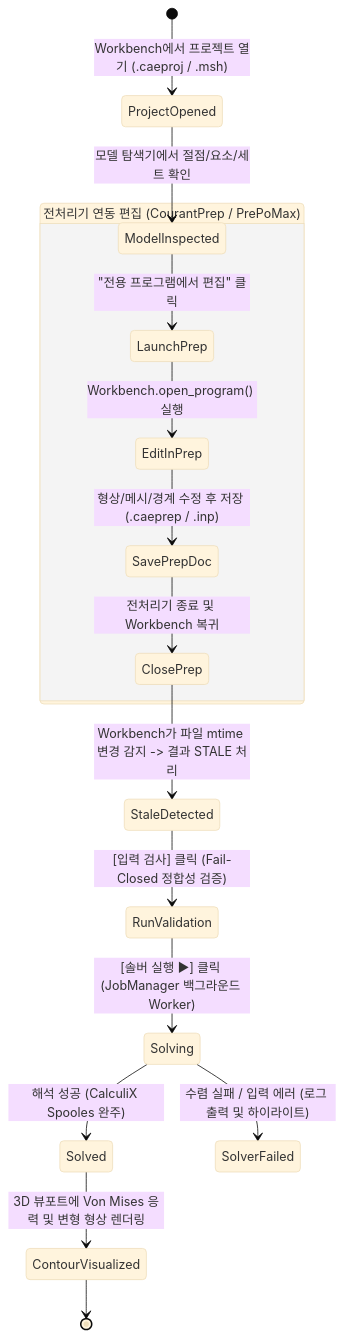
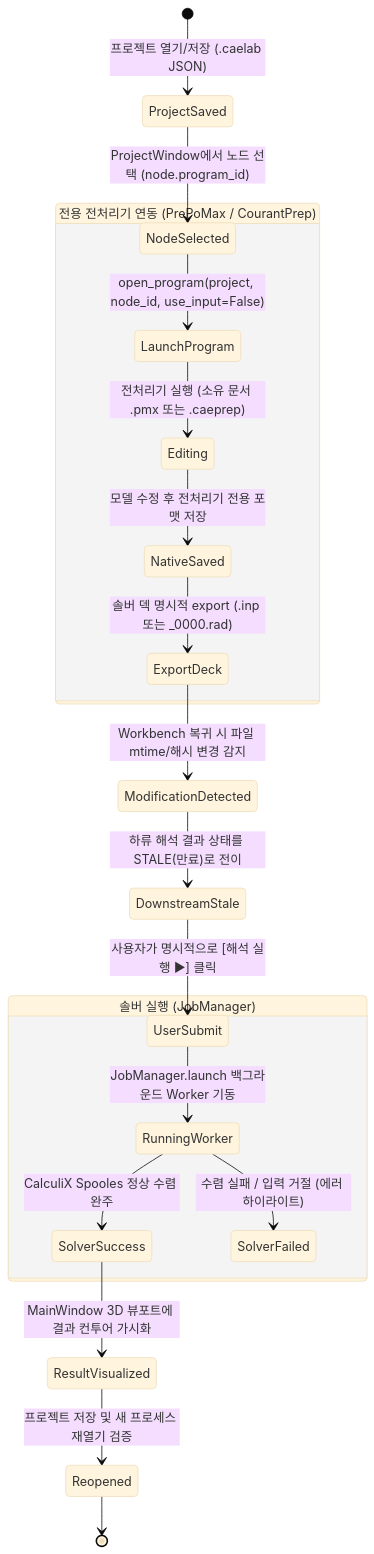
Before and after one commit to pikachu444/caelab-workbench: the diagram in docs/gui/commercial-cae-gui-spec.md, drawn with Mermaid (base theme). The commit also changed other lines of this file and 1 other file, not shown here.

Commit message:
docs(gui): revise GUI spec addressing PR78-WB1~6 and PREP78-R1~7 peer review (#78)

````diff
--- a/docs/gui/commercial-cae-gui-spec.md
+++ b/docs/gui/commercial-cae-gui-spec.md
@@ -34,21 +38,26 @@
 ```mermaid
 stateDiagram-v2
-    [*] --> ProjectOpened: Workbench에서 프로젝트 열기 (.caeproj / .msh)
-    ProjectOpened --> ModelInspected: 모델 탐색기에서 절점/요소/세트 확인
+    [*] --> ProjectSaved: 프로젝트 열기/저장 (.caelab JSON)
+    ProjectSaved --> NodeSelected: ProjectWindow에서 노드 선택 (node.program_id)
     
-    state "전처리기 연동 편집 (CourantPrep / PrePoMax)" as PreprocessorScope {
-        ModelInspected --> LaunchPrep: "전용 프로그램에서 편집" 클릭
-        LaunchPrep --> EditInPrep: Workbench.open_program() 실행
-        EditInPrep --> SavePrepDoc: 형상/메시/경계 수정 후 저장 (.caeprep / .inp)
-        SavePrepDoc --> ClosePrep: 전처리기 종료 및 Workbench 복귀
+    state "전용 전처리기 연동 (PrePoMax / CourantPrep)" as PreprocessorLifecycle {
+        NodeSelected --> LaunchProgram: open_program(project, node_id, use_input=False)
+        LaunchProgram --> Editing: 전처리기 실행 (소유 문서 .pmx 또는 .caeprep)
+        Editing --> NativeSaved: 모델 수정 후 전처리기 전용 포맷 저장
+        NativeSaved --> ExportDeck: 솔버 덱 명시적 export (.inp 또는 _0000.rad)
     }
     
-    ClosePrep --> StaleDetected: Workbench가 파일 mtime 변경 감지 -> 결과 STALE 처리
-    StaleDetected --> RunValidation: [입력 검사] 클릭 (Fail-Closed 정합성 검증)
-    RunValidation --> Solving: [솔버 실행 ▶] 클릭 (JobManager 백그라운드 Worker)
-    Solving --> Solved: 해석 성공 (CalculiX Spooles 완주)
-    Solving --> SolverFailed: 수렴 실패 / 입력 에러 (로그 출력 및 하이라이트)
+    ExportDeck --> ModificationDetected: Workbench 복귀 시 파일 mtime/해시 변경 감지
+    ModificationDetected --> DownstreamStale: 하류 해석 결과 상태를 STALE(만료)로 전이
+    DownstreamStale --> UserSubmit: 사용자가 명시적으로 [해석 실행 ▶] 클릭
     
-    Solved --> ContourVisualized: 3D 뷰포트에 Von Mises 응력 및 변형 형상 렌더링
-    ContourVisualized --> [*]
+    state "솔버 실행 (JobManager)" as SolverExecution {
+        UserSubmit --> RunningWorker: JobManager.launch 백그라운드 Worker 기동
+        RunningWorker --> SolverSuccess: CalculiX Spooles 정상 수렴 완주
+        RunningWorker --> SolverFailed: 수렴 실패 / 입력 거절 (에러 하이라이트)
+    }
+    
+    SolverSuccess --> ResultVisualized: MainWindow 3D 뷰포트에 결과 컨투어 가시화
+    ResultVisualized --> Reopened: 프로젝트 저장 및 새 프로세스 재열기 검증
+    Reopened --> [*]
 ```
````
